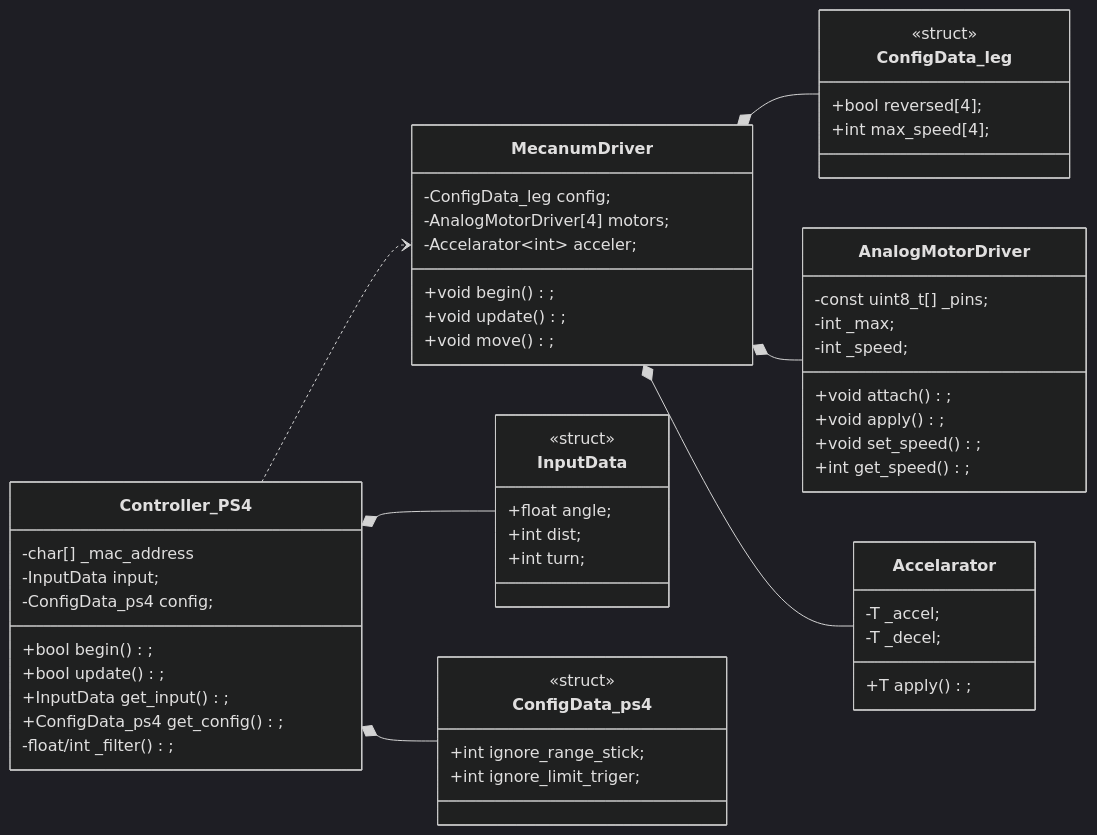
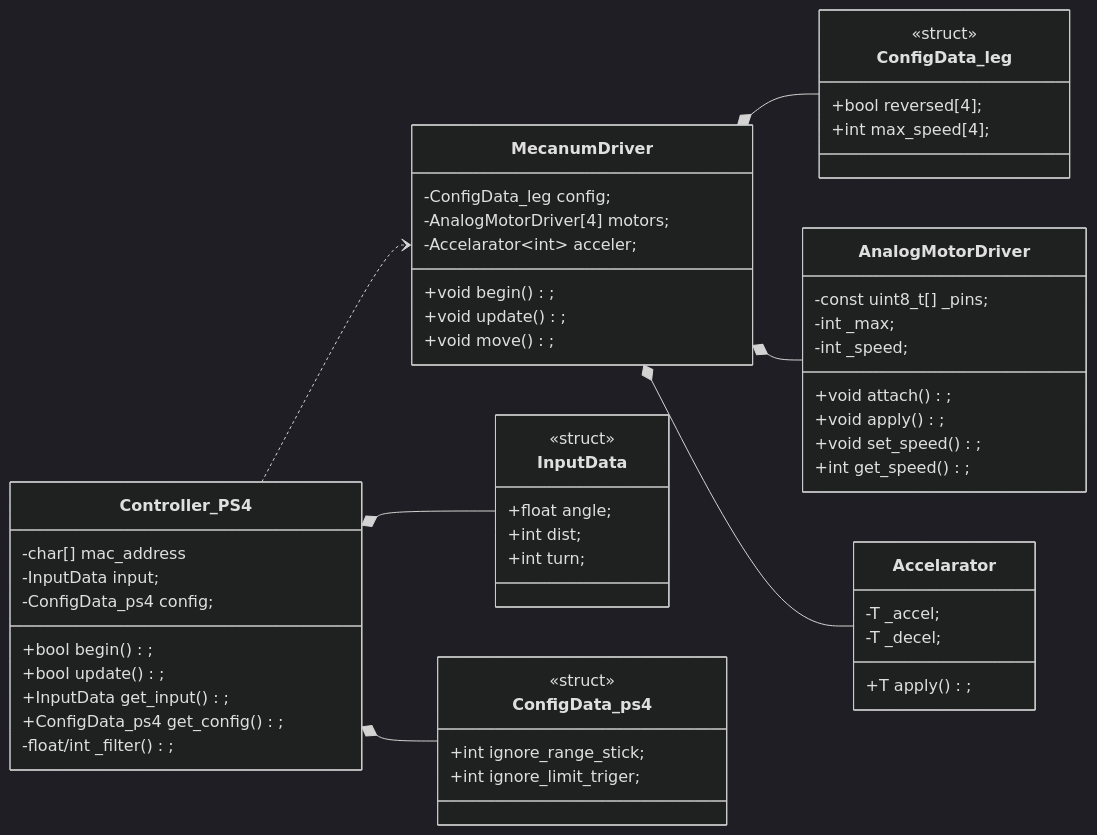
One commit to Tomoooji/Planaria_renewal changed the second of 2 diagrams in README.md. Above: the diagram before and after it, drawn with Mermaid (dark theme).

````diff
--- a/README.md
+++ b/README.md
@@ -31,60 +31,60 @@
 ```mermaid
 classDiagram
     direction LR
     Controller_PS4 ..> MecanumDriver
     Controller_PS4 *-- InputData
     Controller_PS4 *-- ConfigData_ps4
     MecanumDriver *-- ConfigData_leg
     MecanumDriver *-- AnalogMotorDriver
     MecanumDriver *-- Accelarator
 
     class Controller_PS4{
-        -char[] _mac_address
+        -char[] mac_address
         -InputData input;
         -ConfigData_ps4 config;
         +bool begin();
         +bool update();
         +InputData get_input();
         +ConfigData_ps4 get_config();
         -float/int _filter();
     }
     class InputData{
         <<struct>>
         +float angle;
         +int dist;
         +int turn;
     }
     class ConfigData_ps4{
         <<struct>>
         +int ignore_range_stick;
         +int ignore_limit_triger;
     }
     class MecanumDriver{
         -ConfigData_leg config;
         -AnalogMotorDriver[4] motors;
         -Accelarator~int~ acceler;
         +void begin();
         +void update();
         +void move();
     }
     class ConfigData_leg{
         <<struct>>
         +bool reversed[4];
         +int max_speed[4];
     }
     class AnalogMotorDriver{
         -const uint8_t[] _pins;
         -int _max;
         -int _speed;
         +void attach();
         +void apply();
         +void set_speed();
         +int get_speed();
     }
     class Accelarator~T~{
         -T _accel;
         -T _decel;
         +T apply();
     }
 
 ```
````
